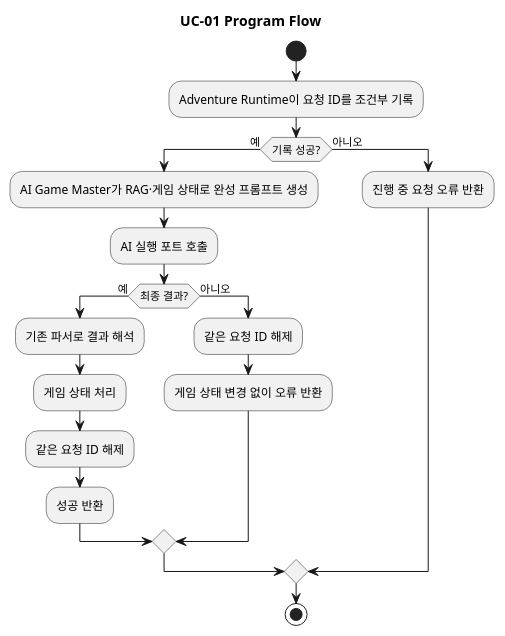
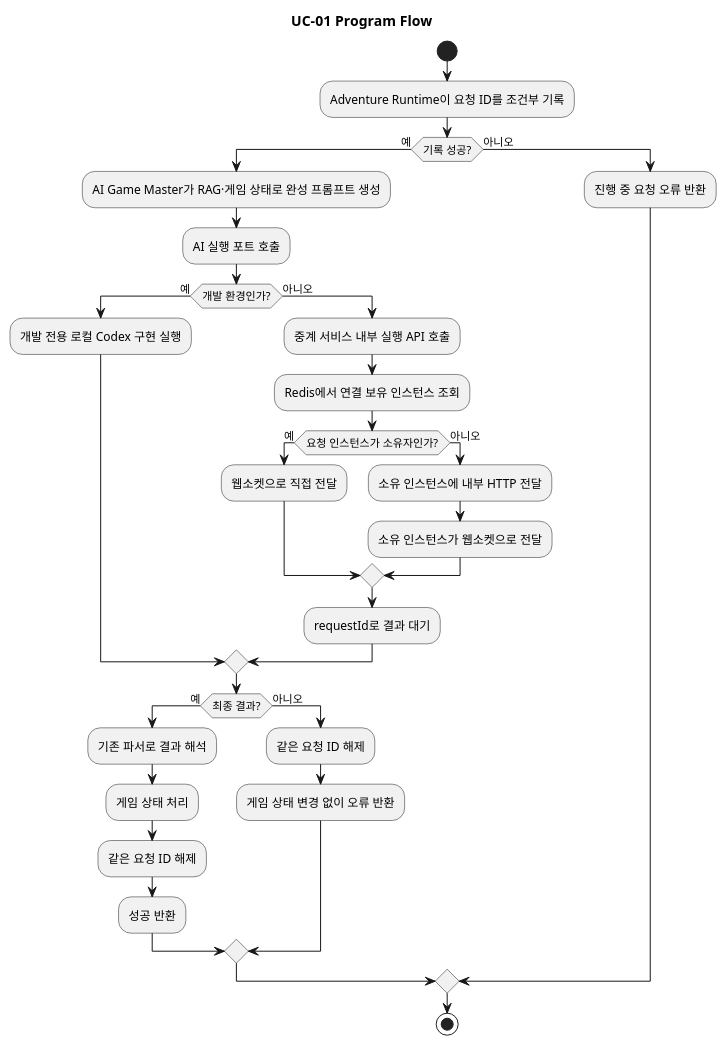
One commit to omegafrog/dnd-master changed the fourth of 8 diagrams in docs/specs/remote-codex-agent-port/architecture-spec.md. Above: the diagram before and after it, drawn with PlantUML. The commit also changed other lines of this file, not shown here.

````diff
--- a/docs/specs/remote-codex-agent-port/architecture-spec.md
+++ b/docs/specs/remote-codex-agent-port/architecture-spec.md
@@ -266,23 +266,36 @@
 ```plantuml
 @startuml
 title UC-01 Program Flow
 start
 :Adventure Runtime이 요청 ID를 조건부 기록;
 if (기록 성공?) then (예)
   :AI Game Master가 RAG·게임 상태로 완성 프롬프트 생성;
   :AI 실행 포트 호출;
+  if (개발 환경인가?) then (예)
+    :개발 전용 로컬 Codex 구현 실행;
+  else (아니오)
+    :중계 서비스 내부 실행 API 호출;
+    :Redis에서 연결 보유 인스턴스 조회;
+    if (요청 인스턴스가 소유자인가?) then (예)
+      :웹소켓으로 직접 전달;
+    else (아니오)
+      :소유 인스턴스에 내부 HTTP 전달;
+      :소유 인스턴스가 웹소켓으로 전달;
+    endif
+    :requestId로 결과 대기;
+  endif
   if (최종 결과?) then (예)
     :기존 파서로 결과 해석;
     :게임 상태 처리;
     :같은 요청 ID 해제;
     :성공 반환;
   else (아니오)
     :같은 요청 ID 해제;
     :게임 상태 변경 없이 오류 반환;
   endif
 else (아니오)
   :진행 중 요청 오류 반환;
 endif
 stop
 @enduml
 ```
````
